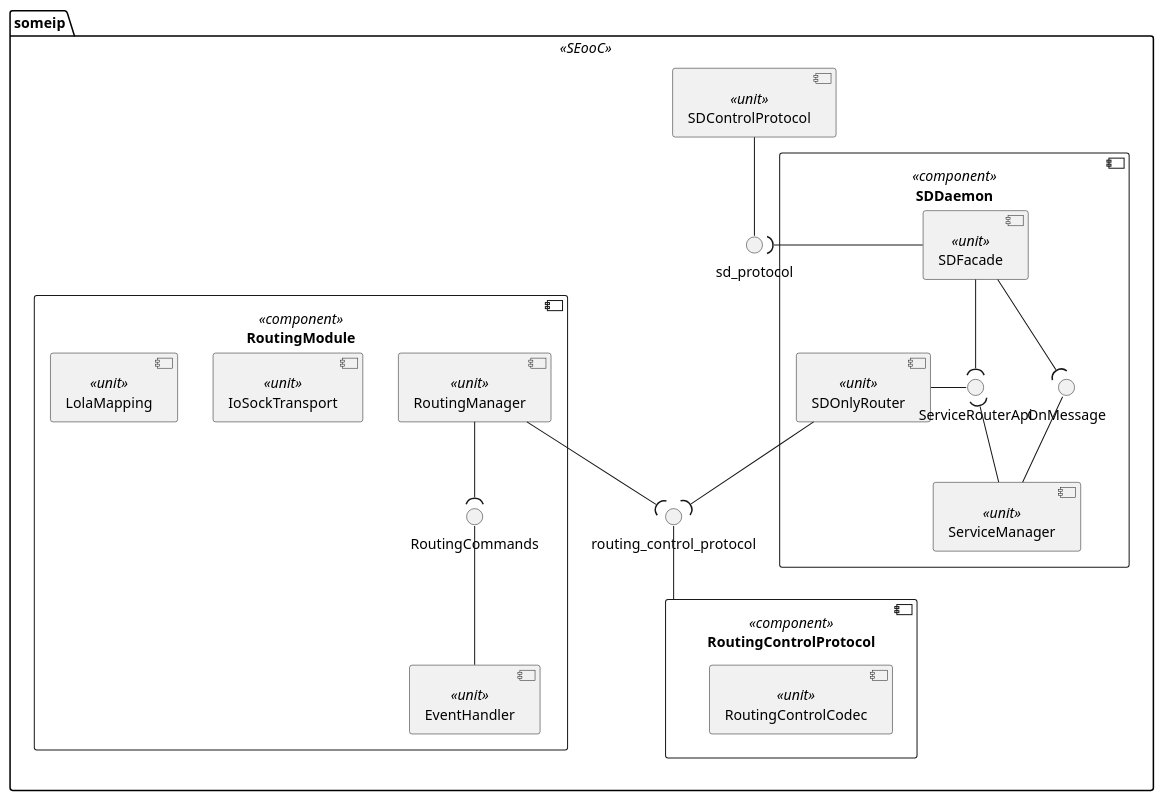
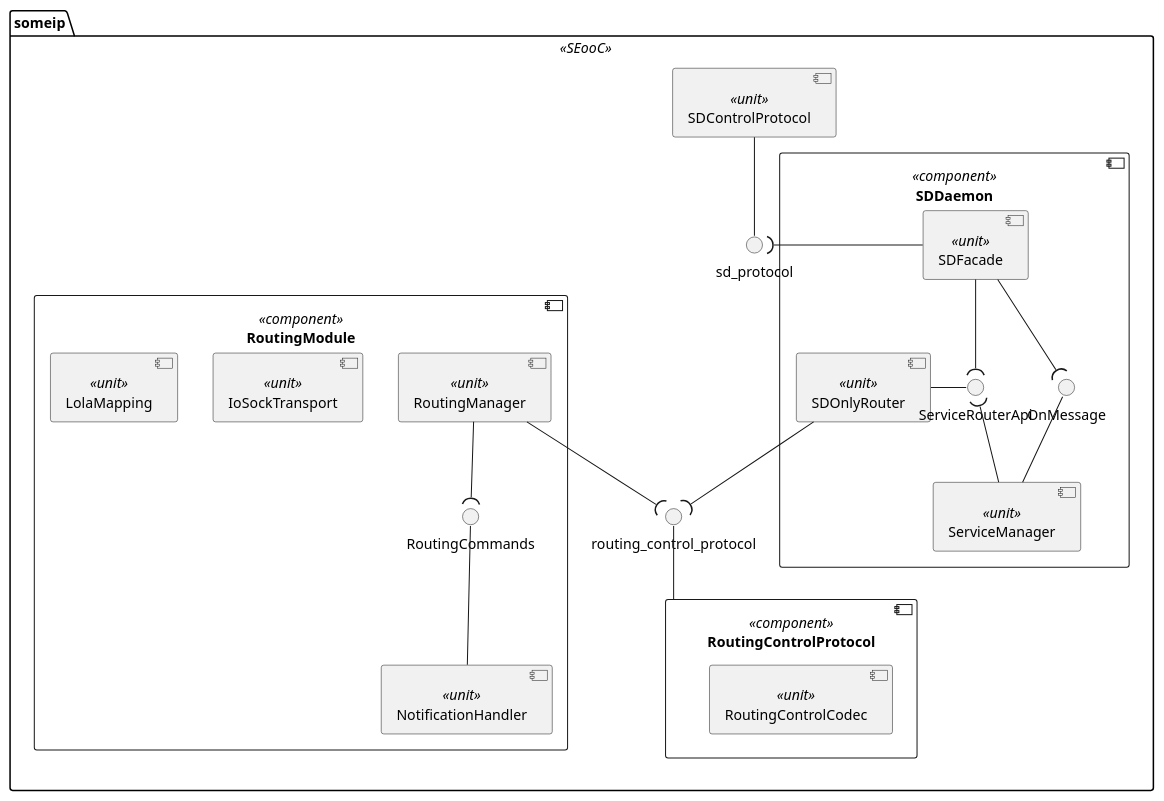
One commit to eclipse-score/communication changed the diagram in score/someip/dependability/architectural_design/static_design/overall.puml. Above: the diagram before and after it, drawn with PlantUML. The commit also changed 20 other files, not shown here.

```diff
--- a/score/someip/dependability/architectural_design/static_design/overall.puml
+++ b/score/someip/dependability/architectural_design/static_design/overall.puml
@@ -13,48 +13,48 @@
 @startuml SomeIp_StaticDesign
 
 package someip <<SEooC>> {
 
   component SDControlProtocol <<unit>>
   component RoutingControlProtocol <<component>> {
     component RoutingControlCodec <<unit>>
   }
 
 
   interface sd_protocol
   interface routing_control_protocol
 
   RoutingControlProtocol -u- routing_control_protocol
   SDControlProtocol -d- sd_protocol
 
   component SDDaemon <<component>> {
     component ServiceManager <<unit>>
     component SDFacade <<unit>>
     component SDOnlyRouter <<unit>>
 
     interface OnMessage
     interface ServiceRouterApi
 
     SDFacade --( OnMessage
     ServiceManager -u- OnMessage
     SDFacade --( ServiceRouterApi
     ServiceManager -l-( ServiceRouterApi
     SDOnlyRouter -r- ServiceRouterApi
     SDOnlyRouter --( routing_control_protocol
     SDFacade -l-( sd_protocol
   }
 
   component RoutingModule <<component>> {
-    component EventHandler <<unit>>
+    component NotificationHandler <<unit>>
     component RoutingManager <<unit>>
     component IoSockTransport <<unit>>
     component LolaMapping <<unit>>
 
     interface RoutingCommands
 
-    EventHandler -u- RoutingCommands
+    NotificationHandler -u- RoutingCommands
     RoutingManager --( RoutingCommands
     RoutingManager --( routing_control_protocol
   }
 }
 
 @enduml
```
